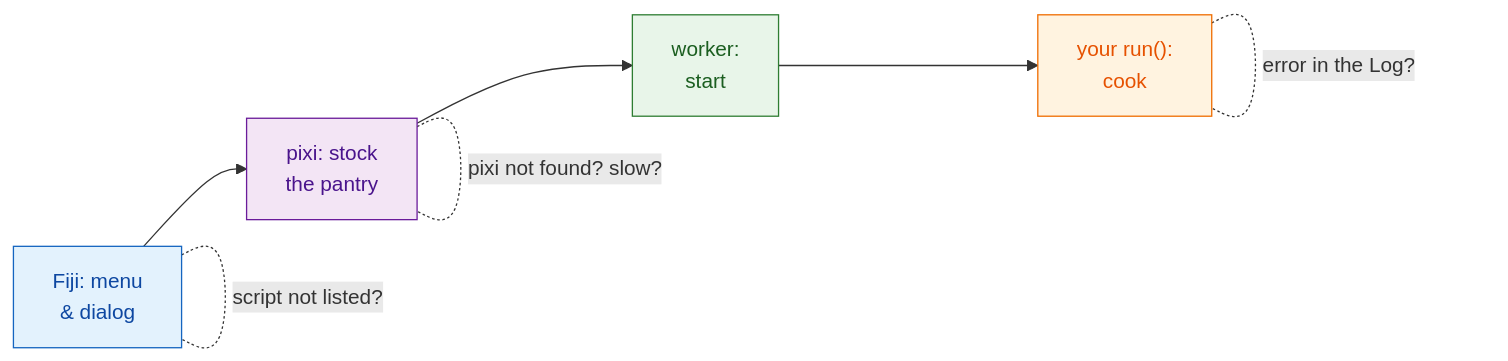
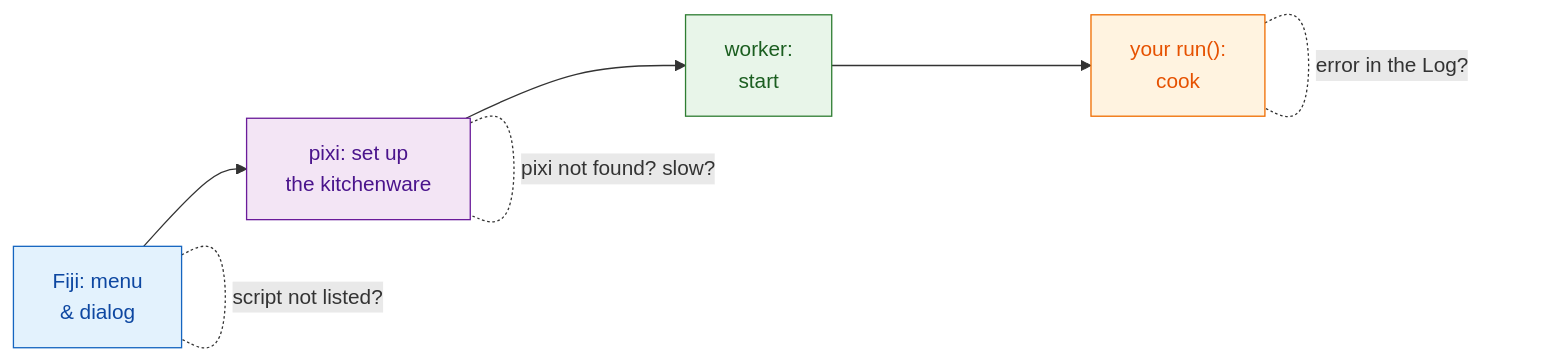
Before and after one commit to Oxford-Zeiss-Centre-of-Excellence/Wavu: the diagram in guide/help/troubleshooting.md, drawn with Mermaid. The commit also changed other lines of this file and 221 other files, not shown here.

````diff
--- a/guide/help/troubleshooting.md
+++ b/guide/help/troubleshooting.md
@@ -11,12 +11,12 @@
 ```mermaid
 flowchart LR
-    A["Fiji: menu<br/>& dialog"]:::fiji --> B["pixi: stock<br/>the pantry"]:::env --> C["worker:<br/>start"]:::worker --> D["your run():<br/>cook"]:::script
+    A["Fiji: menu<br/>& dialog"]:::fiji --> B["pixi: set up<br/>the kitchenware"]:::env --> C["worker:<br/>start"]:::worker --> D["your run():<br/>cook"]:::script
     A -. "script not listed?" .- A
     B -. "pixi not found? slow?" .- B
     D -. "error in the Log?" .- D
 
     classDef fiji   fill:#e3f2fd,stroke:#1565c0,color:#0d47a1
     classDef worker fill:#e8f5e9,stroke:#2e7d32,color:#1b5e20
     classDef script fill:#fff3e0,stroke:#ef6c00,color:#e65100
     classDef env    fill:#f3e5f5,stroke:#6a1b9a,color:#4a148c
 ```
````
